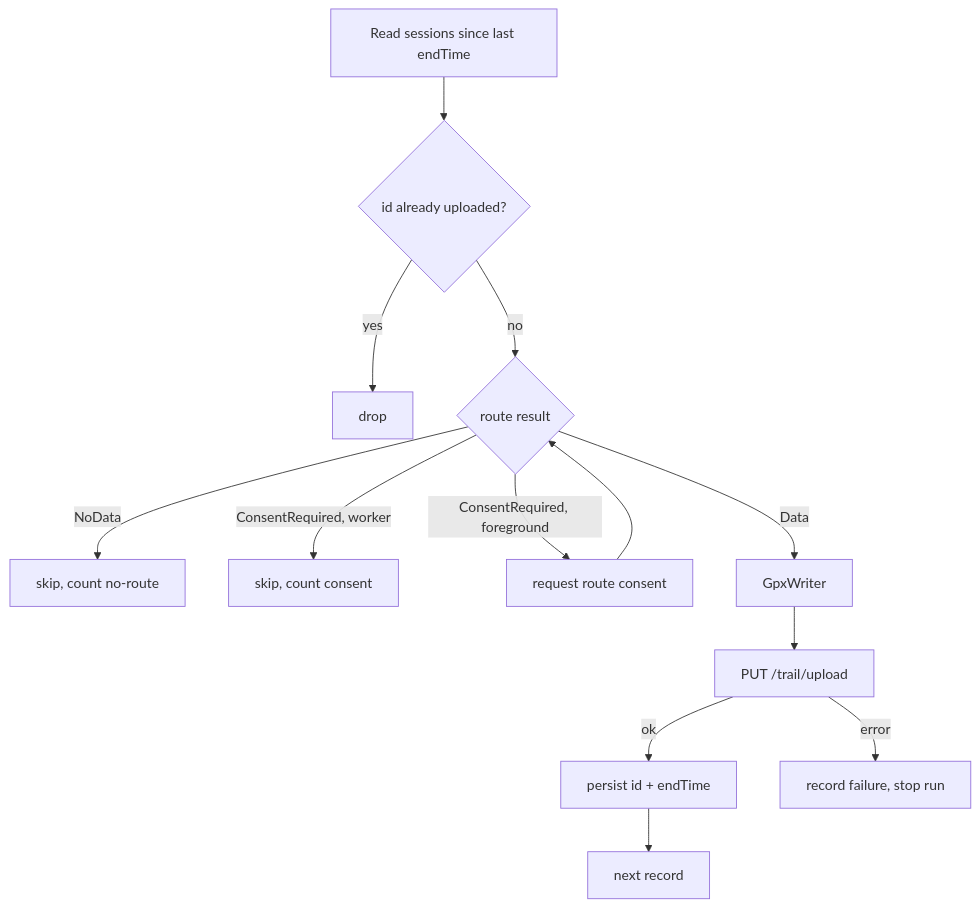
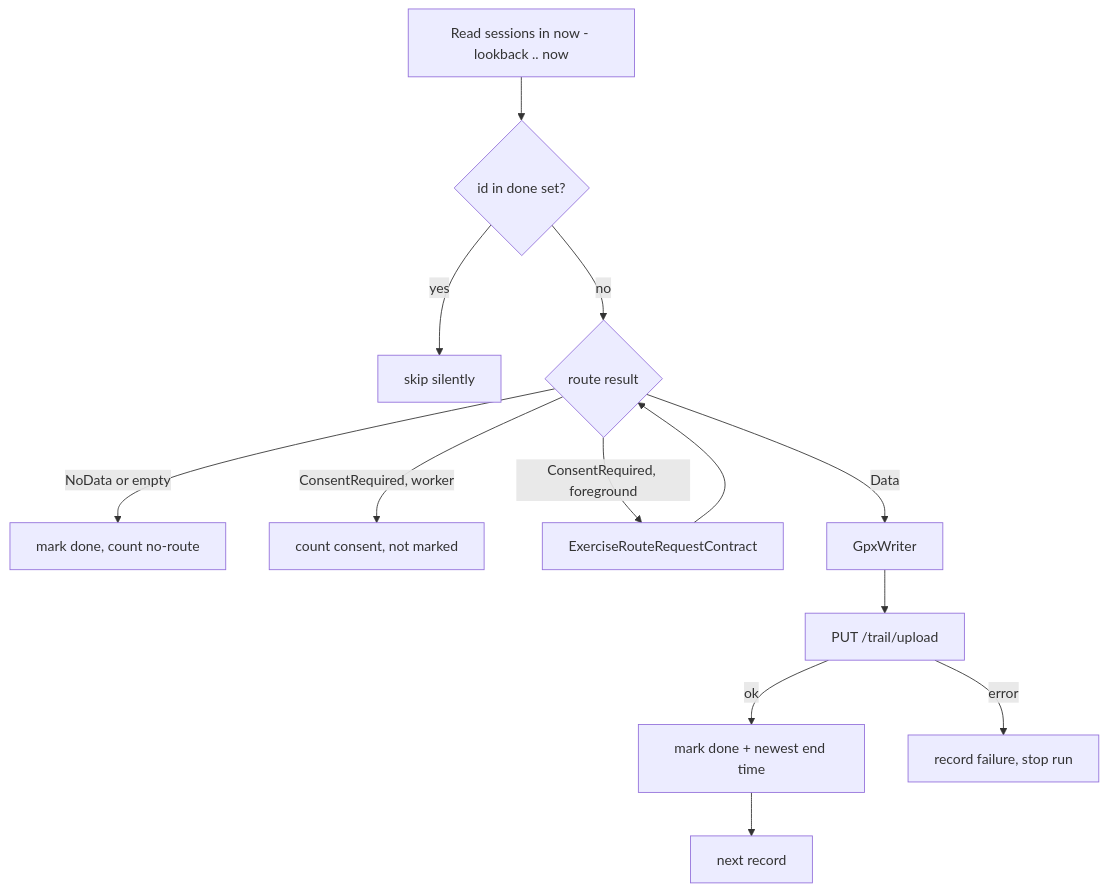
One commit to vooon/healthconnect-sync-bridge changed the second of 2 diagrams in docs/design.md. Above: the diagram before and after it, drawn with Mermaid. The commit also changed other lines of this file and 8 other files, not shown here.

````diff
--- a/docs/design.md
+++ b/docs/design.md
@@ -160,12 +161,12 @@
 ```mermaid
 flowchart TD
-    A[Read sessions since last endTime] --> B{id already uploaded?}
-    B -->|yes| Z[drop]
+    A[Read sessions in now - lookback .. now] --> B{id in done set?}
+    B -->|yes| Z[skip silently]
     B -->|no| C{route result}
-    C -->|NoData| S1[skip, count no-route]
-    C -->|ConsentRequired, worker| S2[skip, count consent]
-    C -->|ConsentRequired, foreground| R[request route consent] --> C
+    C -->|NoData or empty| S1[mark done, count no-route]
+    C -->|ConsentRequired, worker| S2[count consent, not marked]
+    C -->|ConsentRequired, foreground| R[ExerciseRouteRequestContract] --> C
     C -->|Data| G[GpxWriter] --> U[PUT /trail/upload]
-    U -->|ok| P[persist id + endTime] --> N[next record]
+    U -->|ok| P[mark done + newest end time] --> N[next record]
     U -->|error| F[record failure, stop run]
 ```
````
